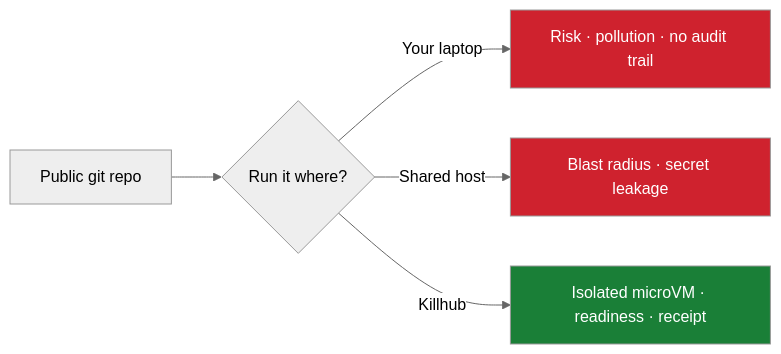
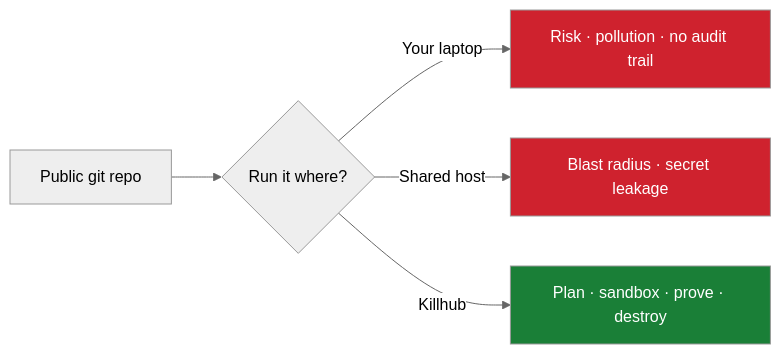
One commit to ludvigodin/killhub changed the first of 6 diagrams in README.md. Above: the diagram before and after it, drawn with Mermaid (neutral theme). The commit also changed other lines of this file and 35 other files, not shown here.

````diff
--- a/README.md
+++ b/README.md
@@ -27,10 +27,10 @@
 ```mermaid
 flowchart LR
   A["Public git repo"] --> B{"Run it where?"}
   B -->|"Your laptop"| C["Risk · pollution · no audit trail"]
   B -->|"Shared host"| D["Blast radius · secret leakage"]
-  B -->|"Killhub"| E["Isolated microVM · readiness · receipt"]
+  B -->|"Killhub"| E["Plan · sandbox · prove · destroy"]
   style E fill:#1a7f37,color:#fff
   style C fill:#cf222e,color:#fff
   style D fill:#cf222e,color:#fff
 ```
````
